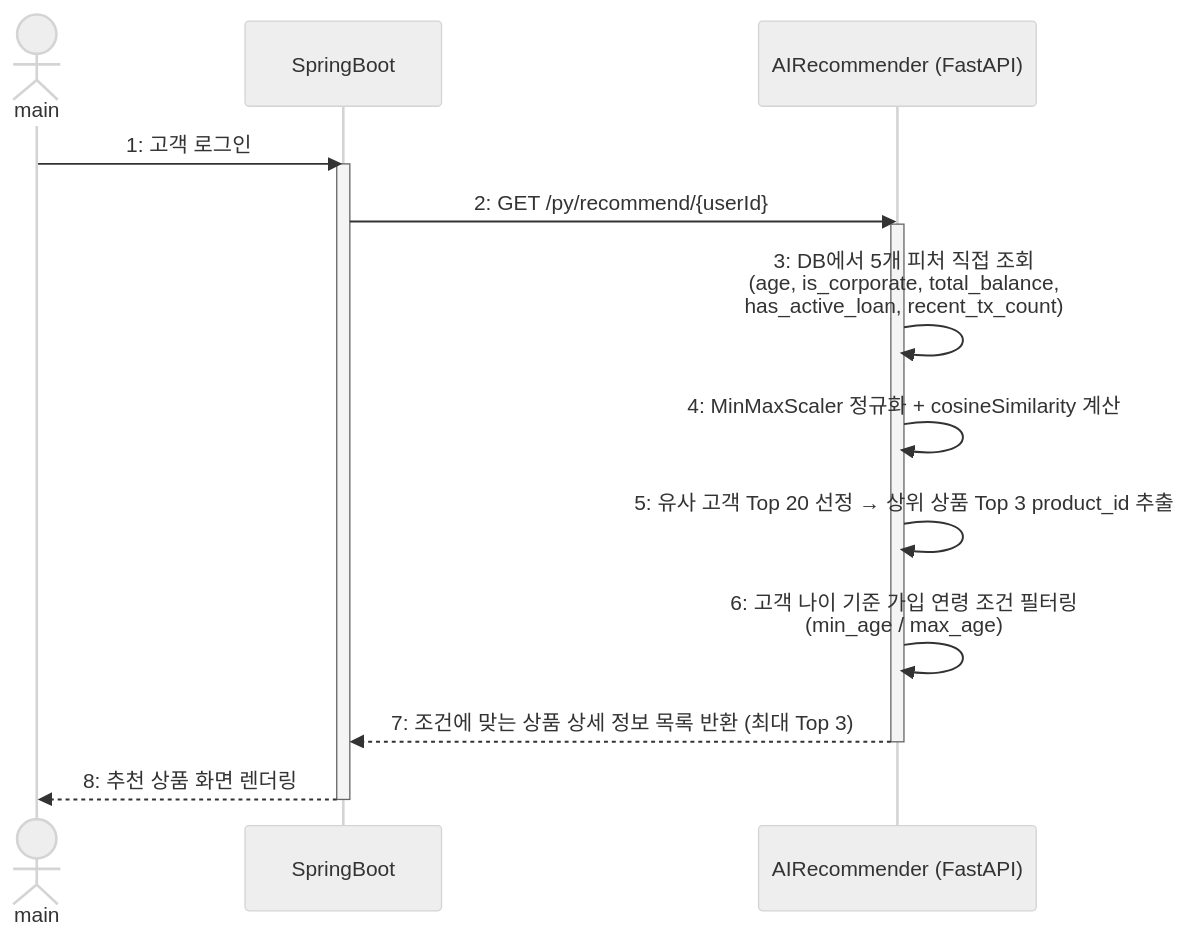
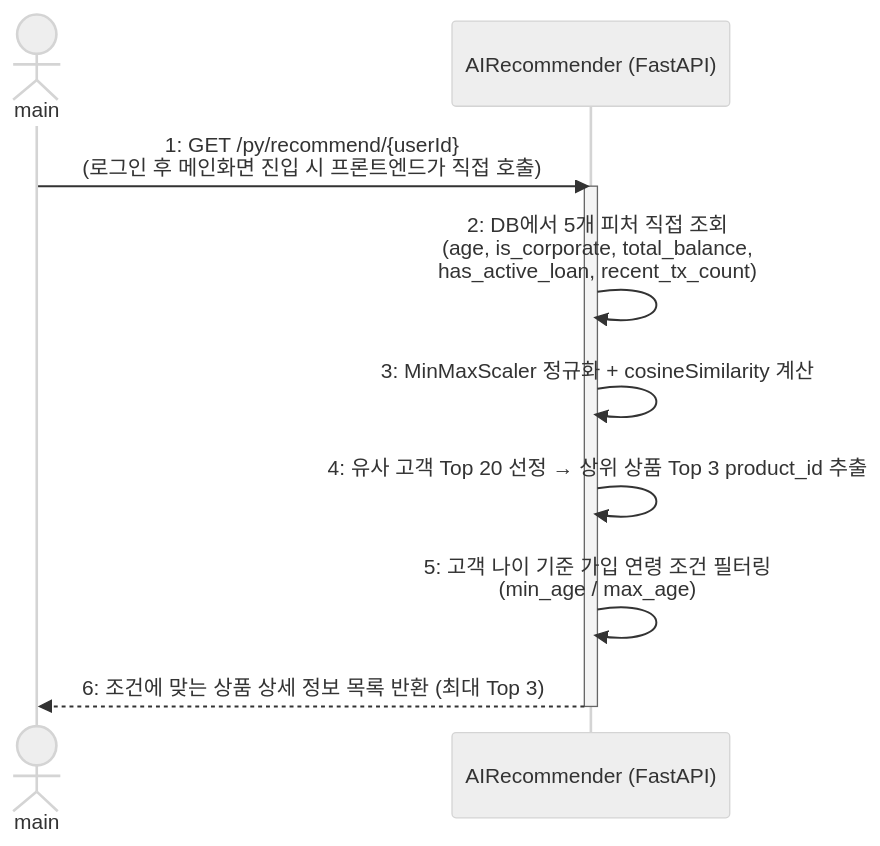
Before and after one commit to silversky621/BankScope: the fourth of 11 diagrams in Design_[21622137_최재영].md, drawn with Mermaid (neutral theme). The commit also changed other lines of this file and 3 other files, not shown here.

````diff
--- a/Design_[21622137_최재영].md
+++ b/Design_[21622137_최재영].md
@@ -367,19 +381,14 @@
 ```mermaid
 sequenceDiagram
     actor main
-    participant SpringBoot
     participant AI as AIRecommender (FastAPI)
 
-    main->>SpringBoot: 1: 고객 로그인
-    activate SpringBoot
-    SpringBoot->>AI: 2: GET /py/recommend/{userId}
+    main->>AI: 1: GET /py/recommend/{userId}<br/>(로그인 후 메인화면 진입 시 프론트엔드가 직접 호출)
     activate AI
-    AI->>AI: 3: DB에서 5개 피처 직접 조회<br/>(age, is_corporate, total_balance,<br/>has_active_loan, recent_tx_count)
-    AI->>AI: 4: MinMaxScaler 정규화 + cosineSimilarity 계산
-    AI->>AI: 5: 유사 고객 Top 20 선정 → 상위 상품 Top 3 product_id 추출
-    AI->>AI: 6: 고객 나이 기준 가입 연령 조건 필터링<br/>(min_age / max_age)
-    AI-->>SpringBoot: 7: 조건에 맞는 상품 상세 정보 목록 반환 (최대 Top 3)
+    AI->>AI: 2: DB에서 5개 피처 직접 조회<br/>(age, is_corporate, total_balance,<br/>has_active_loan, recent_tx_count)
+    AI->>AI: 3: MinMaxScaler 정규화 + cosineSimilarity 계산
+    AI->>AI: 4: 유사 고객 Top 20 선정 → 상위 상품 Top 3 product_id 추출
+    AI->>AI: 5: 고객 나이 기준 가입 연령 조건 필터링<br/>(min_age / max_age)
+    AI-->>main: 6: 조건에 맞는 상품 상세 정보 목록 반환 (최대 Top 3)
     deactivate AI
-    SpringBoot-->>main: 8: 추천 상품 화면 렌더링
-    deactivate SpringBoot
 ```
````
